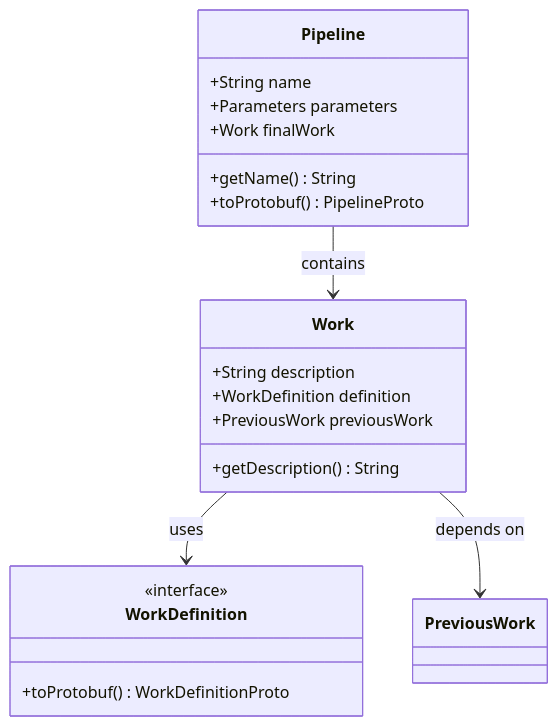
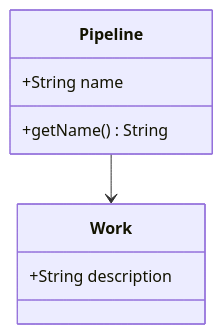
The second of 2 diagrams in .opencode/prompts/human-doc-writer.md (w-betts/yeetcd), drawn with Mermaid before and after one commit. The commit also changed other lines of this file and 11 other files, not shown here.

````diff
--- a/.opencode/prompts/human-doc-writer.md
+++ b/.opencode/prompts/human-doc-writer.md
@@ -162,24 +80,11 @@
 ```mermaid
 classDiagram
     class Pipeline {
         +String name
-        +Parameters parameters
-        +Work finalWork
         +getName() String
-        +toProtobuf() PipelineProto
     }
     class Work {
         +String description
-        +WorkDefinition definition
-        +PreviousWork previousWork
-        +getDescription() String
     }
-    class WorkDefinition {
-        <<interface>>
-        +toProtobuf() WorkDefinitionProto
-    }
-    
-    Pipeline --> Work : contains
-    Work --> WorkDefinition : uses
-    Work --> PreviousWork : depends on
+    Pipeline --> Work
 ```
````
